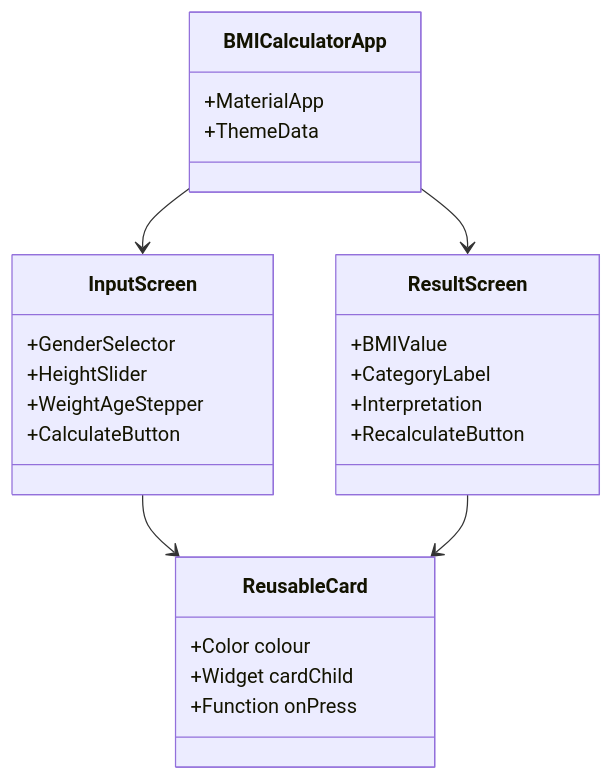
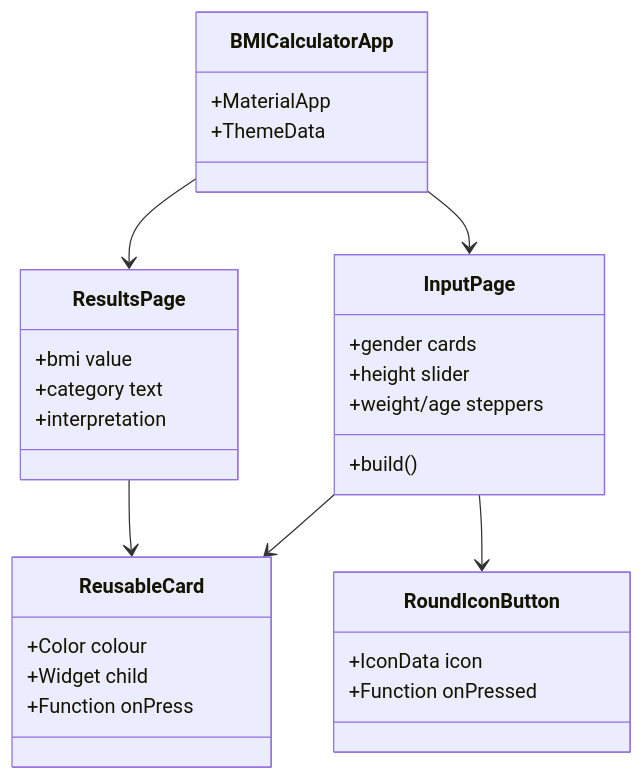
Before and after one commit to shatilsarower/shatilsarower.github.io: the ninth of 12 diagrams in README.md, drawn with Mermaid. The commit also changed other lines of this file, not shown here.

````diff
--- a/README.md
+++ b/README.md
@@ -329,29 +355,33 @@
 ```mermaid
 classDiagram
     class BMICalculatorApp {
         +MaterialApp
         +ThemeData
     }
-    class InputScreen {
-        +GenderSelector
-        +HeightSlider
-        +WeightAgeStepper
-        +CalculateButton
+    class InputPage {
+        +build()
+        +gender cards
+        +height slider
+        +weight/age steppers
     }
-    class ResultScreen {
-        +BMIValue
-        +CategoryLabel
-        +Interpretation
-        +RecalculateButton
+    class ResultsPage {
+        +bmi value
+        +category text
+        +interpretation
     }
     class ReusableCard {
         +Color colour
-        +Widget cardChild
+        +Widget child
         +Function onPress
     }
+    class RoundIconButton {
+        +IconData icon
+        +Function onPressed
+    }
 
-    BMICalculatorApp --> InputScreen
-    BMICalculatorApp --> ResultScreen
-    InputScreen --> ReusableCard
-    ResultScreen --> ReusableCard
+    BMICalculatorApp --> InputPage
+    BMICalculatorApp --> ResultsPage
+    InputPage --> ReusableCard
+    InputPage --> RoundIconButton
+    ResultsPage --> ReusableCard
 ```
````
